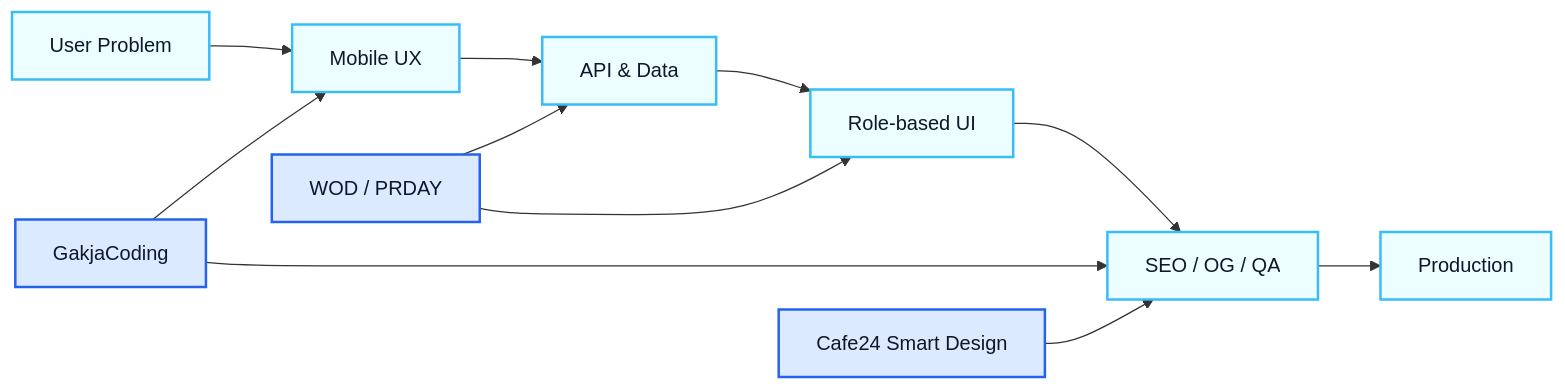
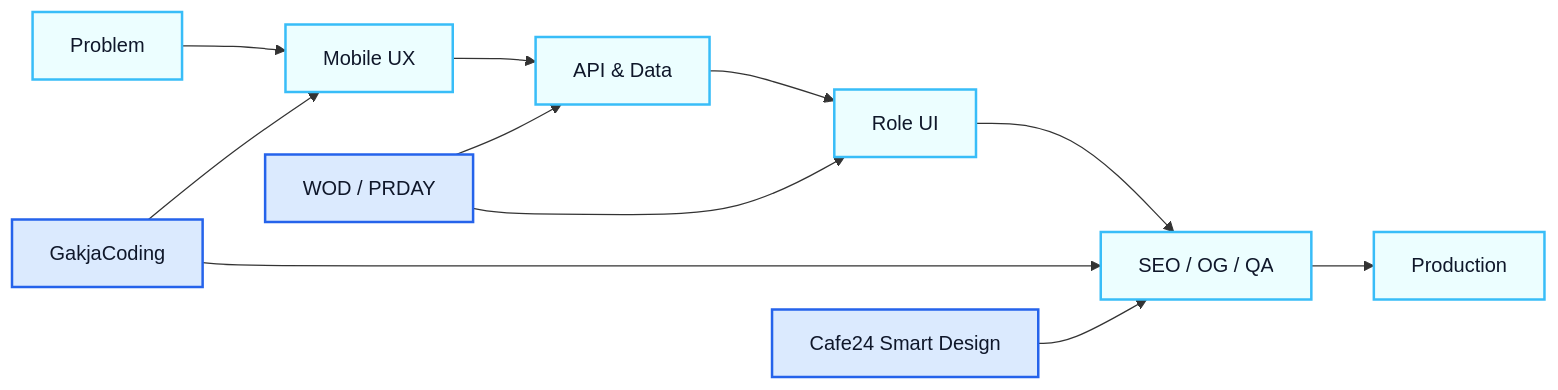
Before and after one commit to kimyoungwopo/kimyoungwopo: the diagram in README.md, drawn with Mermaid. The commit also changed other lines of this file, not shown here.

````diff
--- a/README.md
+++ b/README.md
@@ -90,19 +105,19 @@
 ```mermaid
 flowchart LR
-  A[User Problem] --> B[Mobile UX]
+  A[Problem] --> B[Mobile UX]
   B --> C[API & Data]
-  C --> D[Role-based UI]
+  C --> D[Role UI]
   D --> E[SEO / OG / QA]
   E --> F[Production]
 
   G[GakjaCoding] --> B
   G --> E
   W[WOD / PRDAY] --> C
   W --> D
   CAFE[Cafe24 Smart Design] --> E
 
   classDef product fill:#DBEAFE,stroke:#2563EB,color:#0F172A,stroke-width:2px;
   classDef system fill:#ECFEFF,stroke:#38BDF8,color:#0F172A,stroke-width:2px;
   class G,W,CAFE product;
   class A,B,C,D,E,F system;
 ```
````
